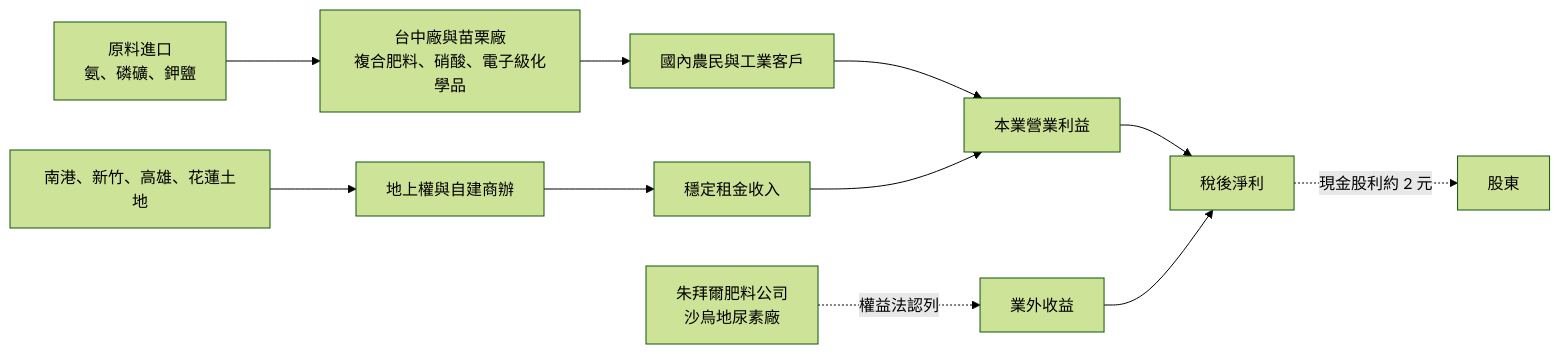
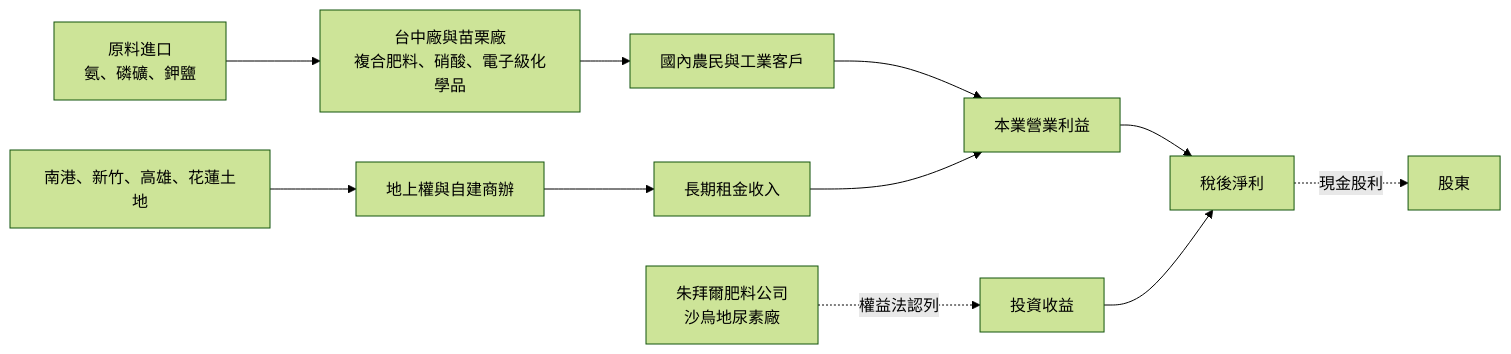
The second of 4 diagrams in 個股/台股/1722台肥.md (wangnick1004/taiwan-stock-vault), drawn with Mermaid (forest theme) before and after one commit. The commit also changed other lines of this file and 27 other files, not shown here.

````diff
--- a/個股/台股/1722台肥.md
+++ b/個股/台股/1722台肥.md
@@ -69,13 +69,13 @@
 ```mermaid
 flowchart LR
     A["原料進口<br/>氨、磷礦、鉀鹽"] --> B["台中廠與苗栗廠<br/>複合肥料、硝酸、電子級化學品"]
     B --> C["國內農民與工業客戶"]
     D["南港、新竹、高雄、花蓮土地"] --> E["地上權與自建商辦"]
-    E --> F["穩定租金收入"]
-    G["朱拜爾肥料公司<br/>沙烏地尿素廠"] -.權益法認列.-> H["業外收益"]
+    E --> F["長期租金收入"]
+    G["朱拜爾肥料公司<br/>沙烏地尿素廠"] -. 權益法認列 .-> H["投資收益"]
     C --> I["本業營業利益"]
     F --> I
     I --> J["稅後淨利"]
     H --> J
-    J -.現金股利約 2 元.-> K["股東"]
+    J -. 現金股利 .-> K["股東"]
 ```
````
